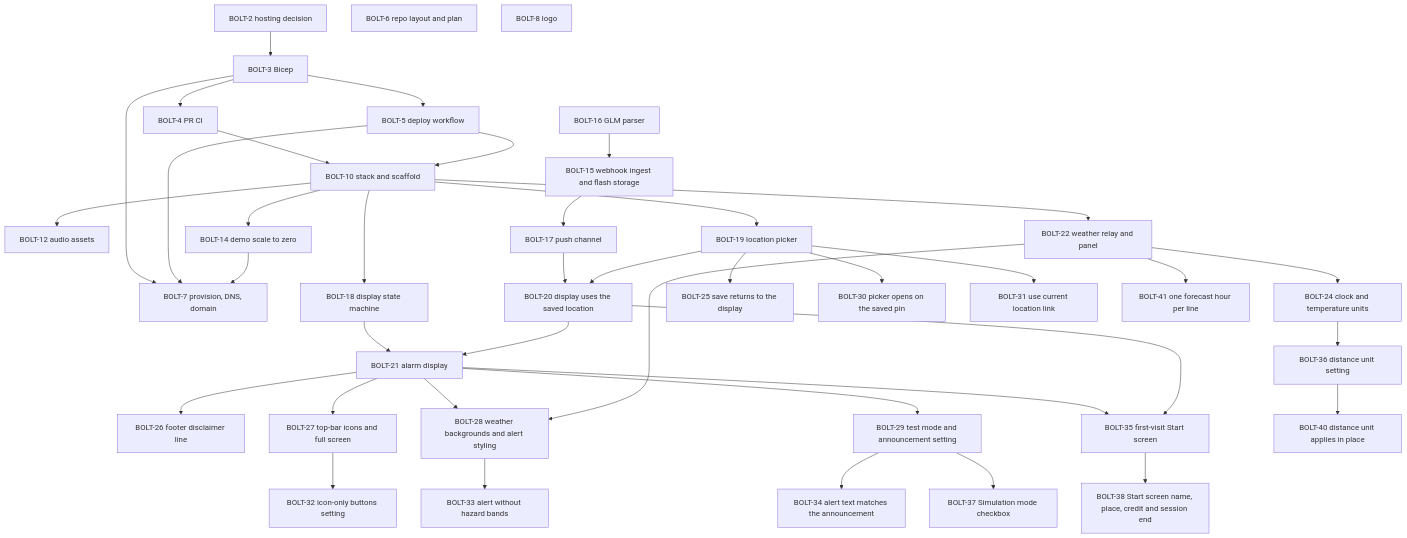
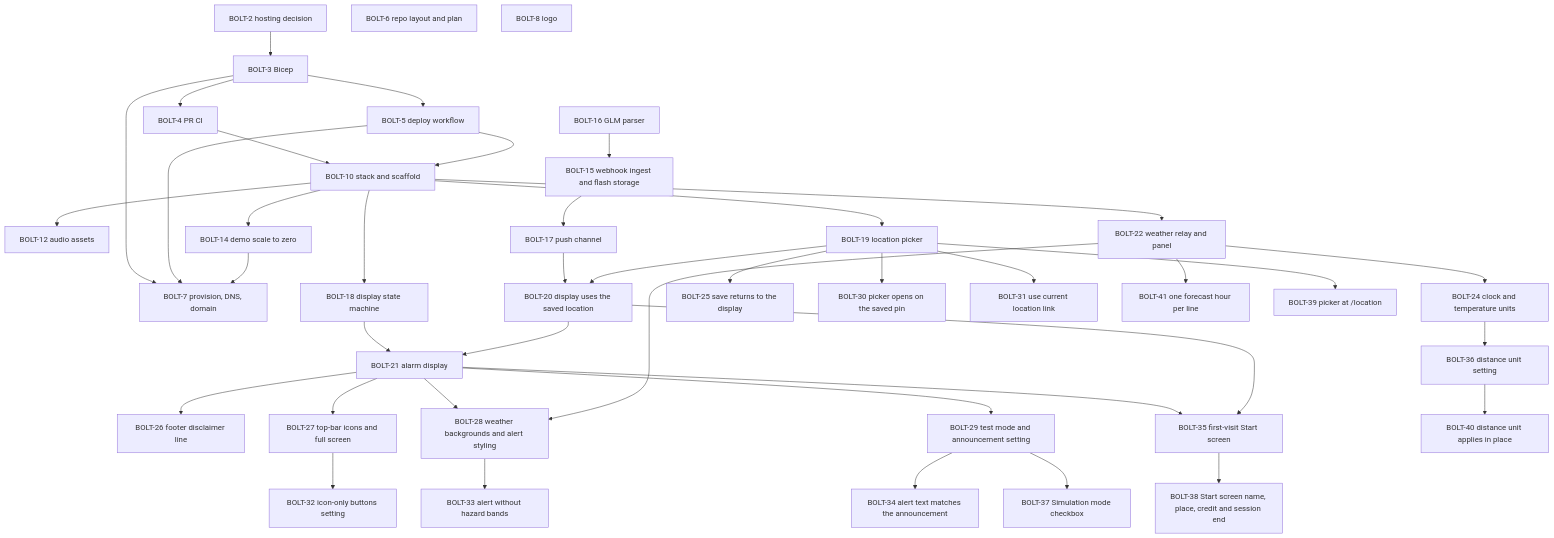
Before and after one commit to henrique-meyer/boltclock: the diagram in docs/plan.md, drawn with Mermaid. The commit also changed other lines of this file and 8 other files, not shown here.

First line of the commit message:
BOLT-39 Location picker at /location

````diff
--- a/docs/plan.md
+++ b/docs/plan.md
@@ -15,76 +15,78 @@
 ```mermaid
 flowchart TD
   s2[BOLT-2 hosting decision]
   s3[BOLT-3 Bicep]
   s4[BOLT-4 PR CI]
   s5[BOLT-5 deploy workflow]
   s6[BOLT-6 repo layout and plan]
   s7[BOLT-7 provision, DNS, domain]
   s8[BOLT-8 logo]
   s10[BOLT-10 stack and scaffold]
   s12[BOLT-12 audio assets]
   s14[BOLT-14 demo scale to zero]
   s15[BOLT-15 webhook ingest and flash storage]
   s16[BOLT-16 GLM parser]
   s17[BOLT-17 push channel]
   s18[BOLT-18 display state machine]
   s19[BOLT-19 location picker]
   s20[BOLT-20 display uses the saved location]
   s21[BOLT-21 alarm display]
   s22[BOLT-22 weather relay and panel]
   s24[BOLT-24 clock and temperature units]
   s25[BOLT-25 save returns to the display]
   s26[BOLT-26 footer disclaimer line]
   s27[BOLT-27 top-bar icons and full screen]
   s28[BOLT-28 weather backgrounds and alert styling]
   s30[BOLT-30 picker opens on the saved pin]
   s29[BOLT-29 test mode and announcement setting]
   s32[BOLT-32 icon-only buttons setting]
   s31[BOLT-31 use current location link]
   s33[BOLT-33 alert without hazard bands]
   s34[BOLT-34 alert text matches the announcement]
   s35[BOLT-35 first-visit Start screen]
   s36[BOLT-36 distance unit setting]
   s38[BOLT-38 Start screen name, place, credit and session end]
   s37[BOLT-37 Simulation mode checkbox]
   s40[BOLT-40 distance unit applies in place]
   s41[BOLT-41 one forecast hour per line]
+  s39[BOLT-39 picker at /location]
   s2 --> s3
   s4 --> s10
   s5 --> s10
   s3 --> s4
   s3 --> s5
   s3 --> s7
   s5 --> s7
   s10 --> s12
   s10 --> s14
   s14 --> s7
   s16 --> s15
   s15 --> s17
   s10 --> s18
   s10 --> s19
   s17 --> s20
   s19 --> s20
   s18 --> s21
   s20 --> s21
   s10 --> s22
   s22 --> s24
   s19 --> s25
   s21 --> s26
   s21 --> s27
   s21 --> s28
   s22 --> s28
   s19 --> s30
   s21 --> s29
   s27 --> s32
   s19 --> s31
   s28 --> s33
   s29 --> s34
   s21 --> s35
   s20 --> s35
   s24 --> s36
   s35 --> s38
   s29 --> s37
   s36 --> s40
   s22 --> s41
+  s19 --> s39
 ```
````
